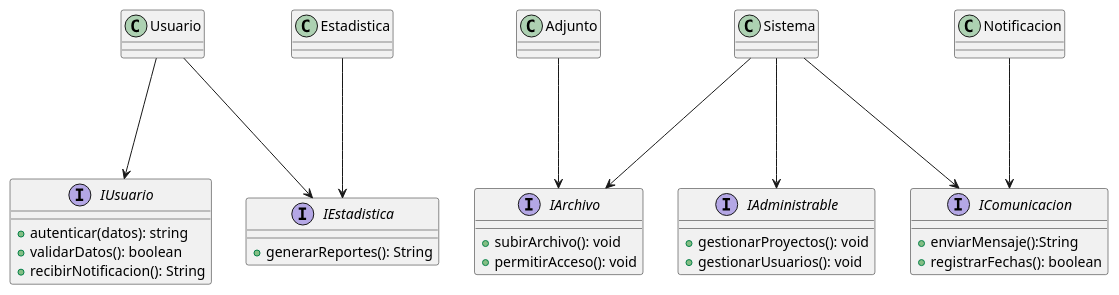
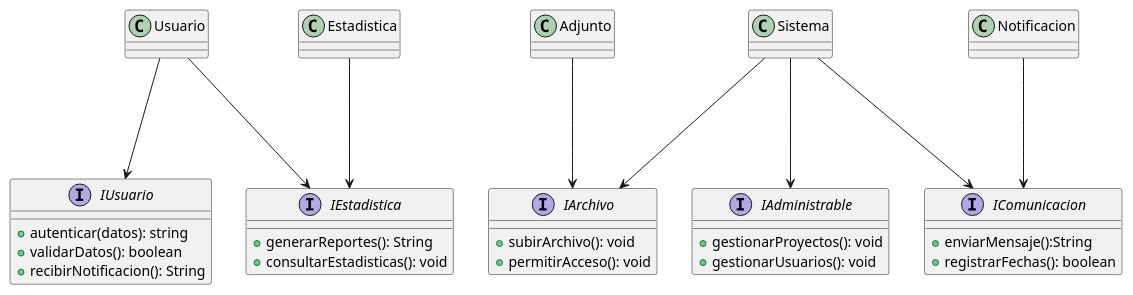
Before and after one commit to 9919-Mili/SistemaProductoraVideos: the diagram in diagramas/01-diagrama-clases/01-solid-04-isp.puml, drawn with PlantUML. The commit also changed 1 other file, not shown here.

```diff
--- a/diagramas/01-diagrama-clases/01-solid-04-isp.puml
+++ b/diagramas/01-diagrama-clases/01-solid-04-isp.puml
@@ -1,42 +1,43 @@
 @startUML Segregacion de Interfaces (ISP)
 
 
 interface IUsuario {
         +autenticar(datos): string
         +validarDatos(): boolean 
         +recibirNotificacion(): String
 }
 
 interface IAdministrable{
         +gestionarProyectos(): void
         +gestionarUsuarios(): void
 }
 
 interface IComunicacion {
         +enviarMensaje():String
         +registrarFechas(): boolean
         
 }
 
 interface IArchivo {
         +subirArchivo(): void
         +permitirAcceso(): void
 
         }
 
 interface IEstadistica {
         +generarReportes(): String
+        +consultarEstadisticas(): void
 }
 
 Usuario ===> IUsuario 
 Usuario===> IEstadistica
 Sistema ===> IAdministrable
 Sistema ===> IComunicacion
 Sistema ===> IArchivo
 Notificacion ===> IComunicacion
 Adjunto ===> IArchivo
 Estadistica ===> IEstadistica
 
 
 
 @endUML
```
